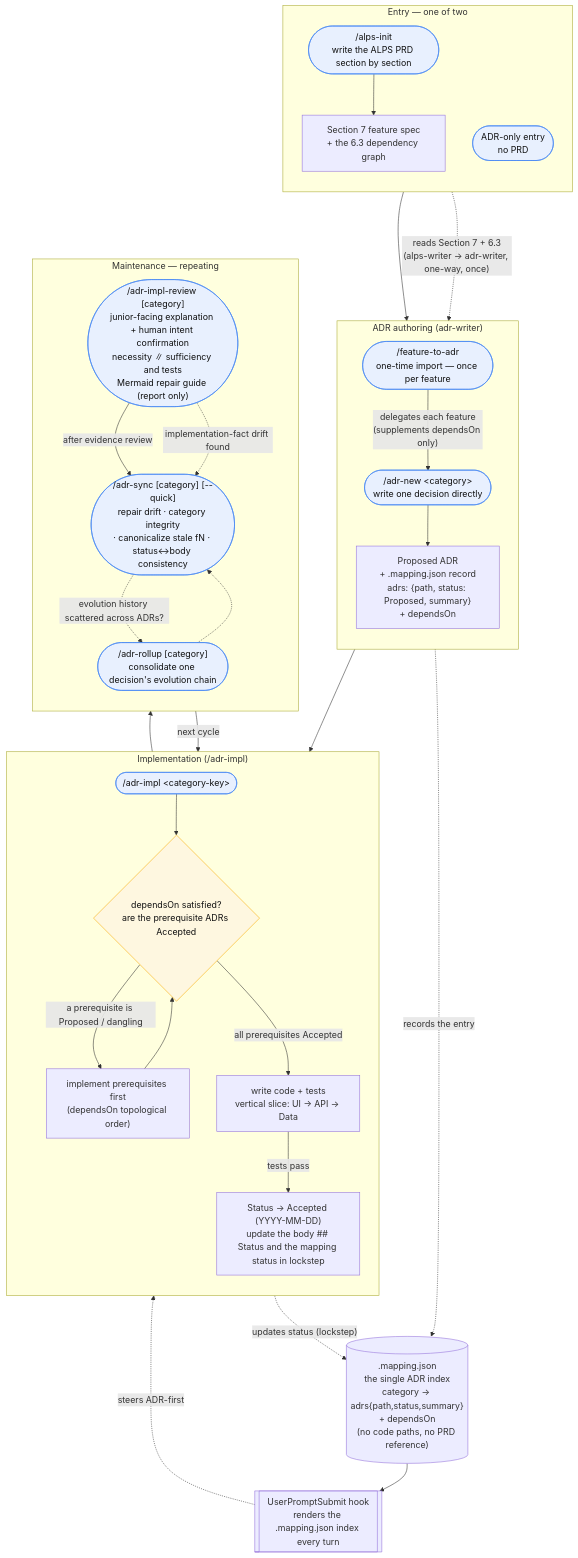
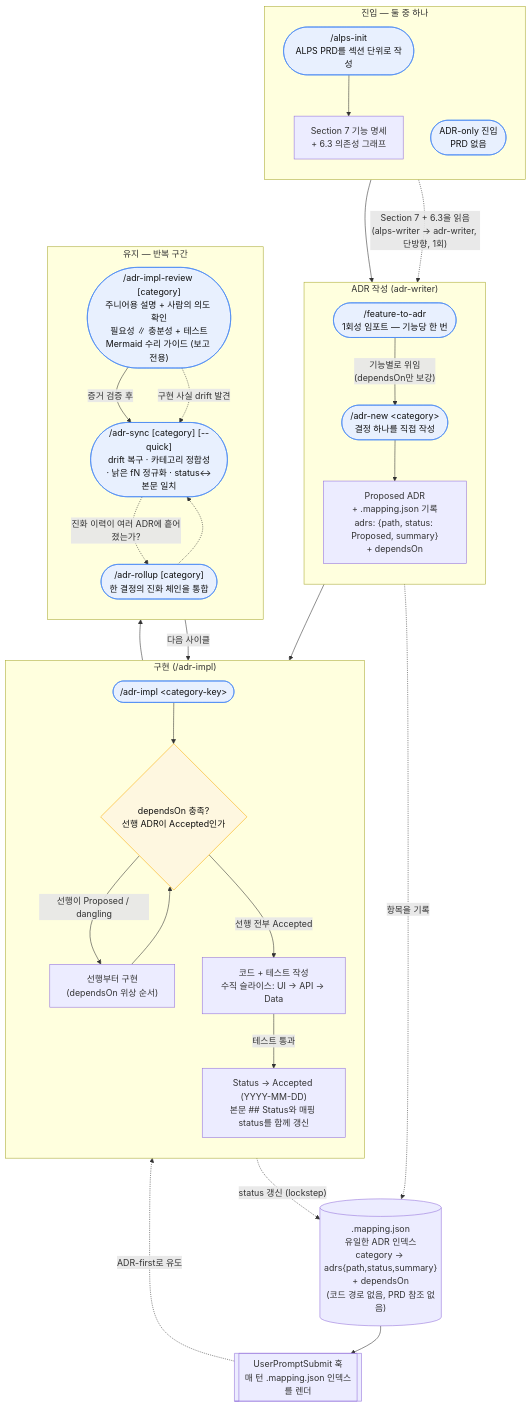
The first of 8 diagrams in docs/adr-process.md (haandol/alps-writer-mcp), drawn with Mermaid before and after one commit. The commit also changed other lines of this file, not shown here.

First line of the commit message:
docs(adr): translate the process overview to Korean and add a section index

````diff
--- a/docs/adr-process.md
+++ b/docs/adr-process.md
@@ -15,63 +28,63 @@
 ```mermaid
 flowchart TD
-    subgraph entry["Entry — one of two"]
+    subgraph entry["진입 — 둘 중 하나"]
         direction TB
-        AlpsInit(["/alps-init<br/>write the ALPS PRD section by section"])
-        S7["Section 7 feature spec<br/>+ the 6.3 dependency graph"]
+        AlpsInit(["/alps-init<br/>ALPS PRD를 섹션 단위로 작성"])
+        S7["Section 7 기능 명세<br/>+ 6.3 의존성 그래프"]
         AlpsInit --> S7
-        ADROnly(["ADR-only entry<br/>no PRD"])
+        ADROnly(["ADR-only 진입<br/>PRD 없음"])
     end
 
-    subgraph author["ADR authoring (adr-writer)"]
+    subgraph author["ADR 작성 (adr-writer)"]
         direction TB
-        F2A(["/feature-to-adr<br/>one-time import — once per feature"])
-        New(["/adr-new &lt;category&gt;<br/>write one decision directly"])
-        Proposed["Proposed ADR<br/>+ .mapping.json record<br/>adrs: {path, status: Proposed, summary}<br/>+ dependsOn"]
-        F2A -->|"delegates each feature<br/>(supplements dependsOn only)"| New
+        F2A(["/feature-to-adr<br/>1회성 임포트 — 기능당 한 번"])
+        New(["/adr-new &lt;category&gt;<br/>결정 하나를 직접 작성"])
+        Proposed["Proposed ADR<br/>+ .mapping.json 기록<br/>adrs: {path, status: Proposed, summary}<br/>+ dependsOn"]
+        F2A -->|"기능별로 위임<br/>(dependsOn만 보강)"| New
         New --> Proposed
     end
 
-    subgraph impl["Implementation (/adr-impl)"]
+    subgraph impl["구현 (/adr-impl)"]
         direction TB
         Impl(["/adr-impl &lt;category-key&gt;"])
-        Gate{"dependsOn satisfied?<br/>are the prerequisite ADRs Accepted"}
-        Prereq["implement prerequisites first<br/>(dependsOn topological order)"]
-        Code["write code + tests<br/>vertical slice: UI → API → Data"]
-        Accepted["Status → Accepted (YYYY-MM-DD)<br/>update the body ## Status and the mapping status in lockstep"]
+        Gate{"dependsOn 충족?<br/>선행 ADR이 Accepted인가"}
+        Prereq["선행부터 구현<br/>(dependsOn 위상 순서)"]
+        Code["코드 + 테스트 작성<br/>수직 슬라이스: UI → API → Data"]
+        Accepted["Status → Accepted (YYYY-MM-DD)<br/>본문 ## Status와 매핑 status를 함께 갱신"]
         Impl --> Gate
-        Gate -->|"a prerequisite is Proposed / dangling"| Prereq
+        Gate -->|"선행이 Proposed / dangling"| Prereq
         Prereq --> Gate
-        Gate -->|"all prerequisites Accepted"| Code
-        Code -->|"tests pass"| Accepted
+        Gate -->|"선행 전부 Accepted"| Code
+        Code -->|"테스트 통과"| Accepted
     end
 
-    subgraph maint["Maintenance — repeating"]
+    subgraph maint["유지 — 반복 구간"]
         direction TB
-        Review(["/adr-impl-review [category]<br/>junior-facing explanation + human intent confirmation<br/>necessity ∥ sufficiency and tests<br/>Mermaid repair guide (report only)"])
-        Sync(["/adr-sync [category] [--quick]<br/>repair drift · category integrity<br/>· canonicalize stale fN · status↔body consistency"])
-        Rollup(["/adr-rollup [category]<br/>consolidate one decision's evolution chain"])
+        Review(["/adr-impl-review [category]<br/>주니어용 설명 + 사람의 의도 확인<br/>필요성 ∥ 충분성 + 테스트<br/>Mermaid 수리 가이드 (보고 전용)"])
+        Sync(["/adr-sync [category] [--quick]<br/>drift 복구 · 카테고리 정합성<br/>· 낡은 fN 정규화 · status↔본문 일치"])
+        Rollup(["/adr-rollup [category]<br/>한 결정의 진화 체인을 통합"])
     end
 
-    Mapping[(".mapping.json<br/>the single ADR index<br/>category → adrs{path,status,summary}<br/>+ dependsOn<br/>(no code paths, no PRD reference)")]
-    Hook[["UserPromptSubmit hook<br/>renders the .mapping.json index every turn"]]
+    Mapping[(".mapping.json<br/>유일한 ADR 인덱스<br/>category → adrs{path,status,summary}<br/>+ dependsOn<br/>(코드 경로 없음, PRD 참조 없음)")]
+    Hook[["UserPromptSubmit 훅<br/>매 턴 .mapping.json 인덱스를 렌더"]]
 
-    S7 -.->|"reads Section 7 + 6.3<br/>(alps-writer → adr-writer, one-way, once)"| F2A
+    S7 -.->|"Section 7 + 6.3을 읽음<br/>(alps-writer → adr-writer, 단방향, 1회)"| F2A
     ADROnly --> New
     Proposed --> Impl
     Accepted --> Review
-    Review -->|"after evidence review"| Sync
-    Review -.->|"implementation-fact drift found"| Sync
-    Sync -->|"next cycle"| Impl
-    Sync -.->|"evolution history scattered across ADRs?"| Rollup
+    Review -->|"증거 검증 후"| Sync
+    Review -.->|"구현 사실 drift 발견"| Sync
+    Sync -->|"다음 사이클"| Impl
+    Sync -.->|"진화 이력이 여러 ADR에 흩어졌는가?"| Rollup
     Rollup -.-> Sync
 
-    Proposed -.->|"records the entry"| Mapping
-    Accepted -.->|"updates status (lockstep)"| Mapping
+    Proposed -.->|"항목을 기록"| Mapping
+    Accepted -.->|"status 갱신 (lockstep)"| Mapping
     Mapping --> Hook
-    Hook -.->|"steers ADR-first"| Impl
+    Hook -.->|"ADR-first로 유도"| Impl
 
     classDef cmd fill:#e8f0fe,stroke:#4285f4,color:#111;
     classDef gate fill:#fef7e0,stroke:#f9ab00,color:#111;
     class AlpsInit,F2A,New,Impl,Review,Sync,Rollup,ADROnly cmd;
     class Gate gate;
 ```
````
